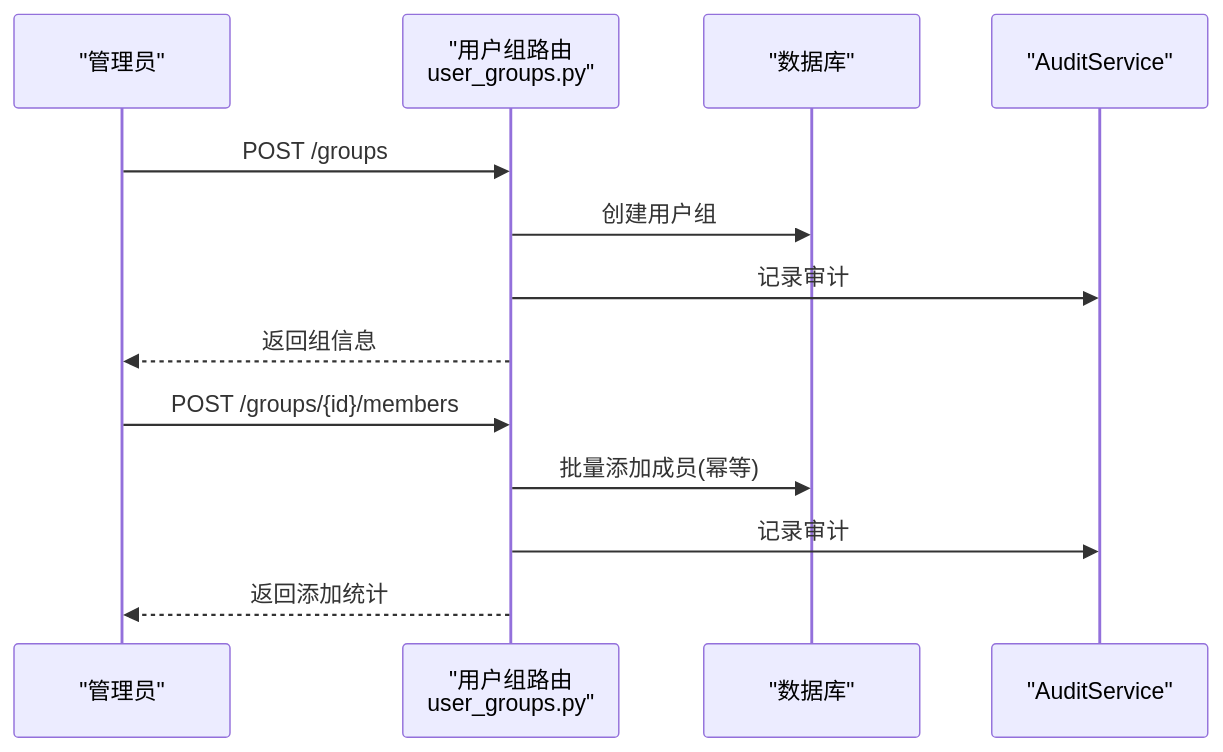
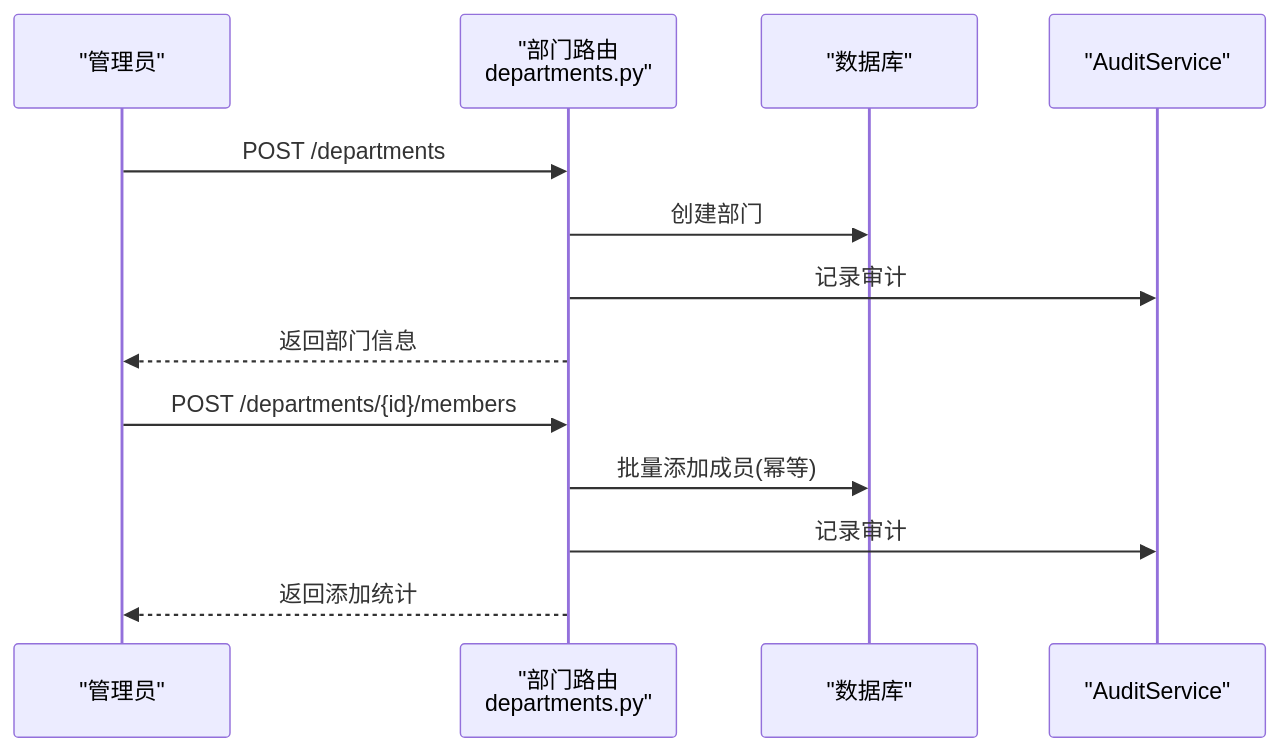
Before and after one commit to joezxh/CoPaw: the eighth of 11 diagrams in .qoder/repowiki/zh/content/企业功能/RBAC 权限系统.md, drawn with Mermaid. The commit also changed other lines of this file and 20 other files, not shown here.

````diff
--- a/.qoder/repowiki/zh/content/企业功能/RBAC 权限系统.md
+++ b/.qoder/repowiki/zh/content/企业功能/RBAC 权限系统.md
@@ -354,15 +376,15 @@
 ```mermaid
 sequenceDiagram
 participant Admin as "管理员"
-participant API as "用户组路由<br/>user_groups.py"
+participant API as "部门路由<br/>departments.py"
 participant DB as "数据库"
 participant AUD as "AuditService"
-Admin->>API : POST /groups
-API->>DB : 创建用户组
+Admin->>API : POST /departments
+API->>DB : 创建部门
 API->>AUD : 记录审计
-API-->>Admin : 返回组信息
-Admin->>API : POST /groups/{id}/members
+API-->>Admin : 返回部门信息
+Admin->>API : POST /departments/{id}/members
 API->>DB : 批量添加成员(幂等)
 API->>AUD : 记录审计
 API-->>Admin : 返回添加统计
 ```
````
